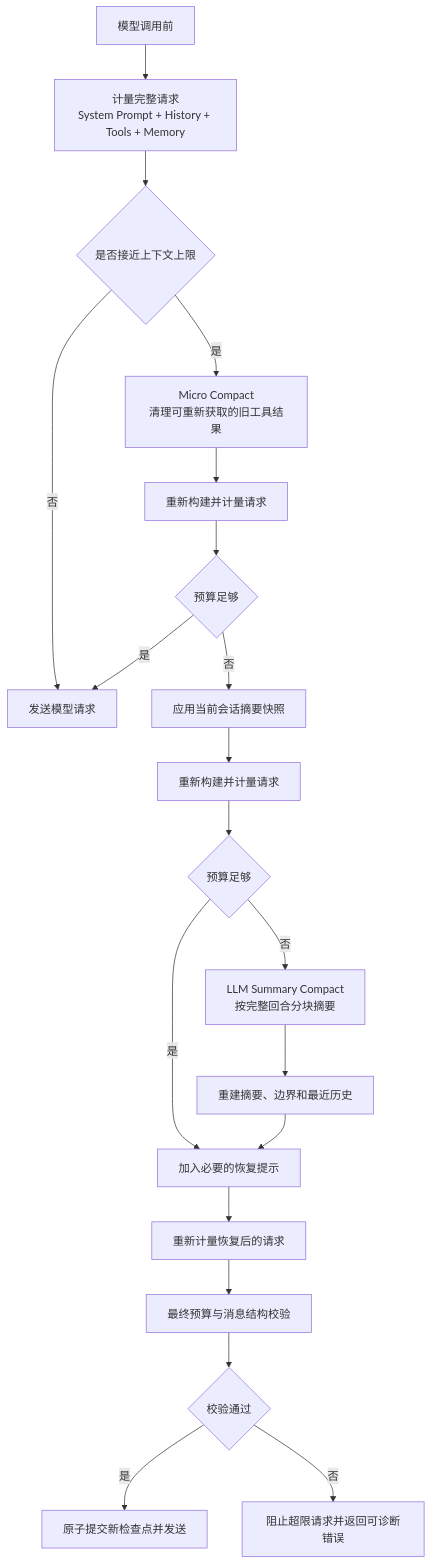
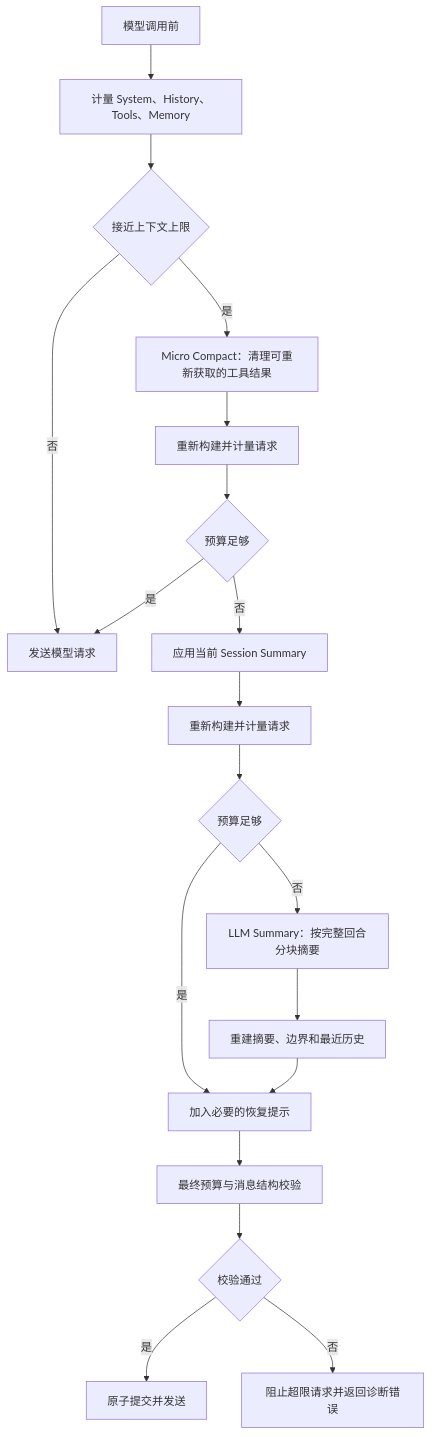
Before and after one commit to codingayice/my-claude-code: the third of 6 diagrams in README.md, drawn with Mermaid. The commit also changed other lines of this file and 17 other files, not shown here.

````diff
--- a/README.md
+++ b/README.md
@@ -68,22 +254,21 @@
 ```mermaid
 flowchart TD
-    Start["模型调用前"] --> Measure["计量完整请求\nSystem Prompt + History + Tools + Memory"]
-    Measure --> Capacity{"是否接近上下文上限"}
+    Start["模型调用前"] --> Measure["计量 System、History、Tools、Memory"]
+    Measure --> Capacity{"接近上下文上限"}
     Capacity -- "否" --> Send["发送模型请求"]
-    Capacity -- "是" --> Micro["Micro Compact\n清理可重新获取的旧工具结果"]
+    Capacity -- "是" --> Micro["Micro Compact：清理可重新获取的工具结果"]
     Micro --> ReMeasure1["重新构建并计量请求"]
     ReMeasure1 --> Enough1{"预算足够"}
     Enough1 -- "是" --> Send
-    Enough1 -- "否" --> SummarySnapshot["应用当前会话摘要快照"]
-    SummarySnapshot --> ReMeasure2["重新构建并计量请求"]
+    Enough1 -- "否" --> SessionSummary["应用当前 Session Summary"]
+    SessionSummary --> ReMeasure2["重新构建并计量请求"]
     ReMeasure2 --> Enough2{"预算足够"}
     Enough2 -- "是" --> Restore["加入必要的恢复提示"]
-    Enough2 -- "否" --> Summary["LLM Summary Compact\n按完整回合分块摘要"]
-    Summary --> Rebuild["重建摘要、边界和最近历史"]
+    Enough2 -- "否" --> LlmSummary["LLM Summary：按完整回合分块摘要"]
+    LlmSummary --> Rebuild["重建摘要、边界和最近历史"]
     Rebuild --> Restore
-    Restore --> ReMeasureRestore["重新计量恢复后的请求"]
-    ReMeasureRestore --> Validate["最终预算与消息结构校验"]
+    Restore --> Validate["最终预算与消息结构校验"]
     Validate --> Valid{"校验通过"}
-    Valid -- "是" --> Commit["原子提交新检查点并发送"]
-    Valid -- "否" --> Block["阻止超限请求并返回可诊断错误"]
+    Valid -- "是" --> Commit["原子提交并发送"]
+    Valid -- "否" --> Block["阻止超限请求并返回诊断错误"]
 ```
````
